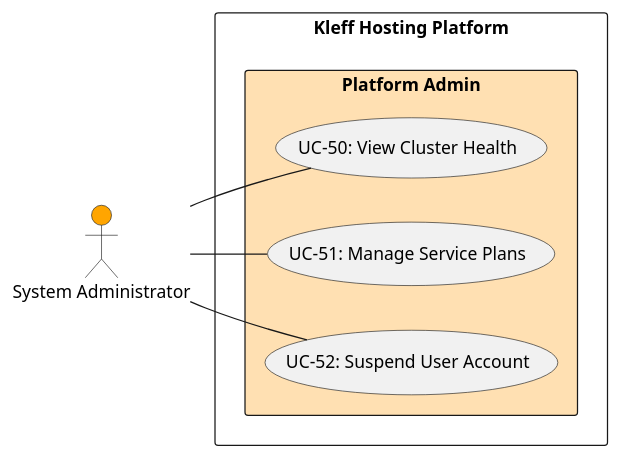
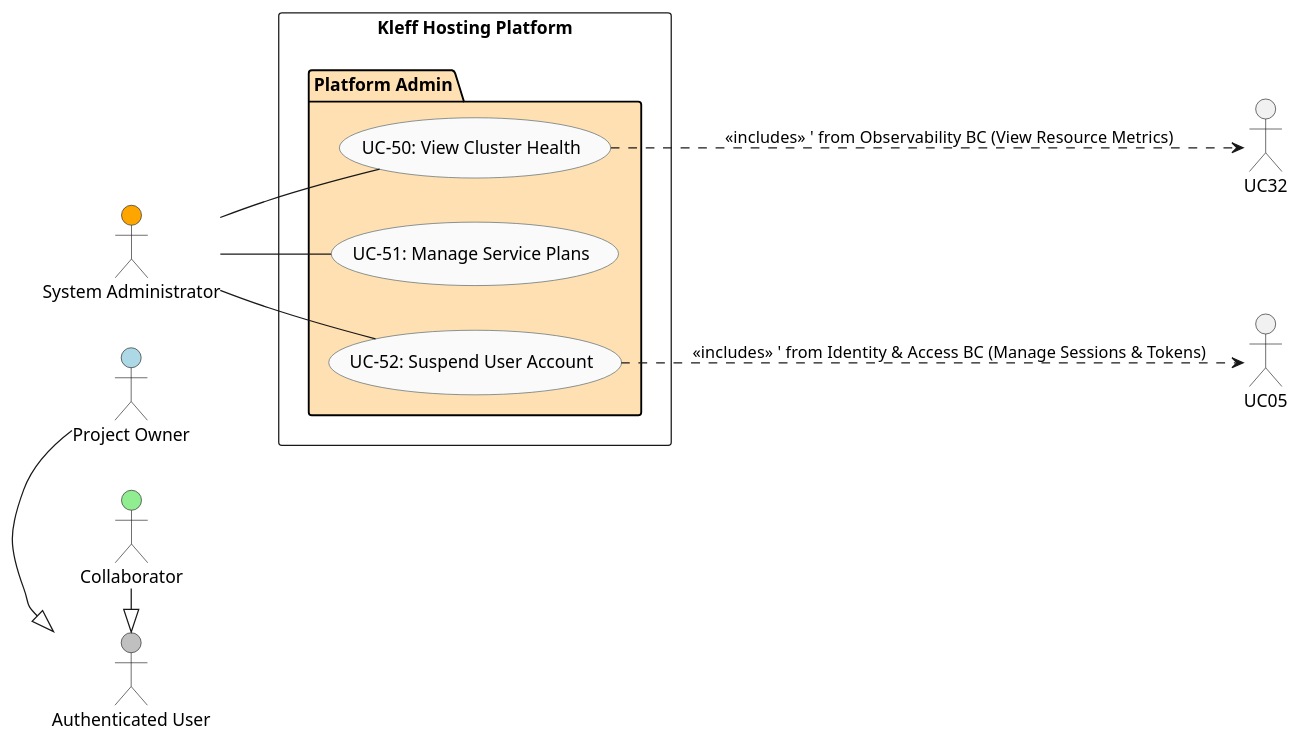
The diagram in docs/Platform/PlatformAdminUseCase.puml (kleffio/.github), drawn with PlantUML before and after one commit. The commit also changed 5 other files, not shown here.

```diff
--- a/docs/Platform/PlatformAdminUseCase.puml
+++ b/docs/Platform/PlatformAdminUseCase.puml
@@ -1,19 +1,37 @@
 @startuml Kleff Hosting - Platform Admin Use Cases
 left to right direction
-skinparam packageStyle rectangle
+skinparam shadowing false
+skinparam usecase {
+  BackgroundColor #FAFAFA
+  BorderColor #455A64
+  RoundCorner 14
+}
 
+' ==== Actors ====
+actor "Authenticated User" as AuthUser #silver
+actor "Project Owner" as Owner #lightblue
+actor "Collaborator" as Collab #lightgreen
 actor "System Administrator" as Admin #orange
 
+Owner -|> AuthUser
+Collab -|> AuthUser
+
 rectangle "Kleff Hosting Platform" {
+
   package "Platform Admin" #FFE0B2 {
     usecase "UC-50: View Cluster Health" as UC50
     usecase "UC-51: Manage Service Plans" as UC51
     usecase "UC-52: Suspend User Account" as UC52
   }
 }
 
+' ==== Actor Relationships ====
 Admin -- UC50
 Admin -- UC51
 Admin -- UC52
 
+' ==== Cross-Context INCLUDES (commented, from original) ====
+UC50 ..> UC32 : <<includes>>  ' from Observability BC (View Resource Metrics)
+UC52 ..> UC05 : <<includes>>  ' from Identity & Access BC (Manage Sessions & Tokens)
+
 @enduml
```
